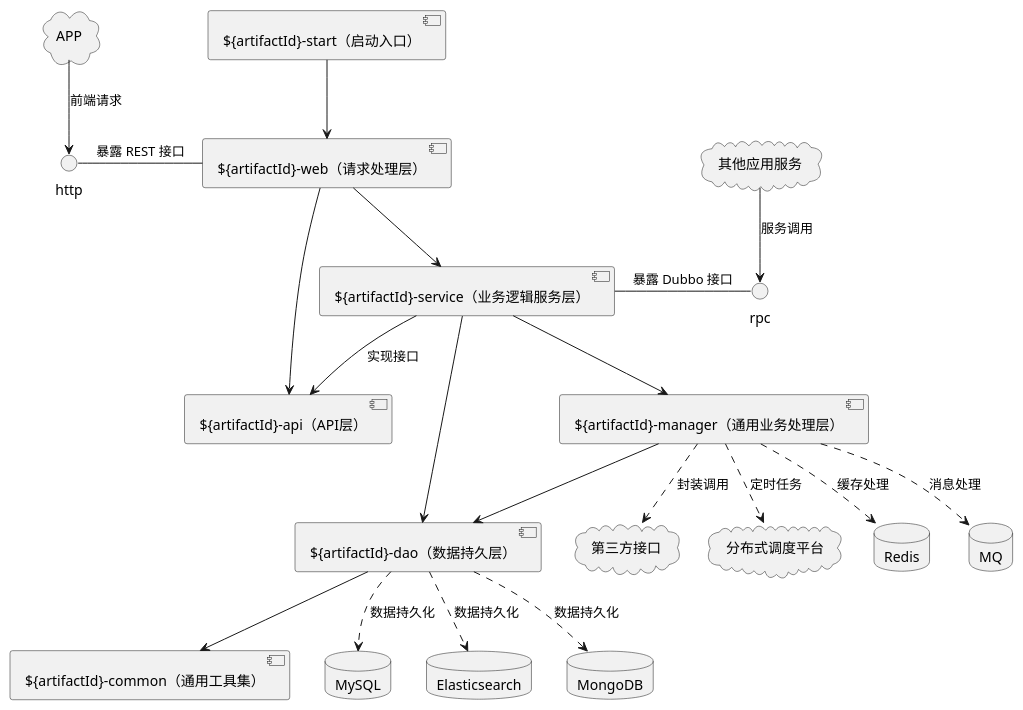
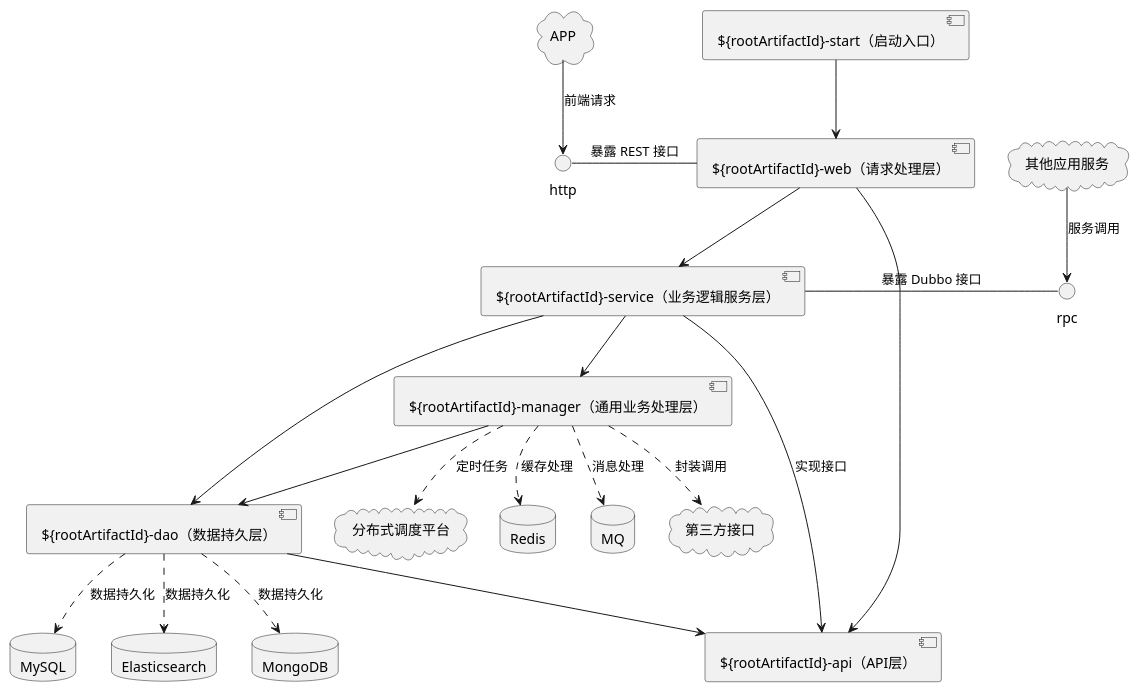
Before and after one commit to shiyindaxiaojie/eden-archetype: the diagram in eden-archetype-layer/src/main/resources/archetype-resources/src/docs/uml/component.puml, drawn with PlantUML. The commit also changed other lines of this file and 143 other files, not shown here.

```diff
--- a/eden-archetype-layer/src/main/resources/archetype-resources/src/docs/uml/component.puml
+++ b/eden-archetype-layer/src/main/resources/archetype-resources/src/docs/uml/component.puml
@@ -1,36 +2,36 @@
 @startuml
-[${artifactId}-start（启动入口）] --> [${artifactId}-web（请求处理层）]
-[${artifactId}-web（请求处理层）] --> [${artifactId}-api（API层）]
-[${artifactId}-web（请求处理层）] --> [${artifactId}-service（业务逻辑服务层）]
-[${artifactId}-service（业务逻辑服务层）] --> [${artifactId}-api（API层）]: 实现接口
-[${artifactId}-service（业务逻辑服务层）] --> [${artifactId}-dao（数据持久层）]
-[${artifactId}-service（业务逻辑服务层）] --> [${artifactId}-manager（通用业务处理层）]
-[${artifactId}-manager（通用业务处理层）] --> [${artifactId}-dao（数据持久层）]
-[${artifactId}-dao（数据持久层）] --> [${artifactId}-common（通用工具集）]
+[${rootArtifactId}-start（启动入口）] --> [${rootArtifactId}-web（请求处理层）]
+[${rootArtifactId}-web（请求处理层）] --> [${rootArtifactId}-api（API层）]
+[${rootArtifactId}-web（请求处理层）] --> [${rootArtifactId}-service（业务逻辑服务层）]
+[${rootArtifactId}-service（业务逻辑服务层）] --> [${rootArtifactId}-api（API层）]: 实现接口
+[${rootArtifactId}-service（业务逻辑服务层）] --> [${rootArtifactId}-dao（数据持久层）]
+[${rootArtifactId}-service（业务逻辑服务层）] --> [${rootArtifactId}-manager（通用业务处理层）]
+[${rootArtifactId}-manager（通用业务处理层）] --> [${rootArtifactId}-dao（数据持久层）]
+[${rootArtifactId}-dao（数据持久层）] --> [${rootArtifactId}-api（API层）]
 
 cloud APP
 cloud 其他应用服务
 cloud 第三方接口
 cloud 分布式调度平台
 
 database MySQL
 database Redis
 database MQ
 database Elasticsearch
 database MongoDB
 
 [APP] --> http: 前端请求
 [其他应用服务] --> rpc: 服务调用
-[${artifactId}-service（业务逻辑服务层）] - rpc: 暴露 Dubbo 接口
-http - [${artifactId}-web（请求处理层）]: 暴露 REST 接口
+[${rootArtifactId}-service（业务逻辑服务层）] - rpc: 暴露 Dubbo 接口
+http - [${rootArtifactId}-web（请求处理层）]: 暴露 REST 接口
 
-[${artifactId}-dao（数据持久层）] ..> MySQL : 数据持久化
-[${artifactId}-dao（数据持久层）] ..> Elasticsearch : 数据持久化
-[${artifactId}-dao（数据持久层）] ..> MongoDB : 数据持久化
+[${rootArtifactId}-dao（数据持久层）] ..> MySQL : 数据持久化
+[${rootArtifactId}-dao（数据持久层）] ..> Elasticsearch : 数据持久化
+[${rootArtifactId}-dao（数据持久层）] ..> MongoDB : 数据持久化
 
-[${artifactId}-manager（通用业务处理层）] ..> Redis : 缓存处理
-[${artifactId}-manager（通用业务处理层）] ..> MQ : 消息处理
-[${artifactId}-manager（通用业务处理层）] ..> 第三方接口 : 封装调用
-[${artifactId}-manager（通用业务处理层）] ..> 分布式调度平台 : 定时任务
+[${rootArtifactId}-manager（通用业务处理层）] ..> Redis : 缓存处理
+[${rootArtifactId}-manager（通用业务处理层）] ..> MQ : 消息处理
+[${rootArtifactId}-manager（通用业务处理层）] ..> 第三方接口 : 封装调用
+[${rootArtifactId}-manager（通用业务处理层）] ..> 分布式调度平台 : 定时任务
 
 @enduml
```
